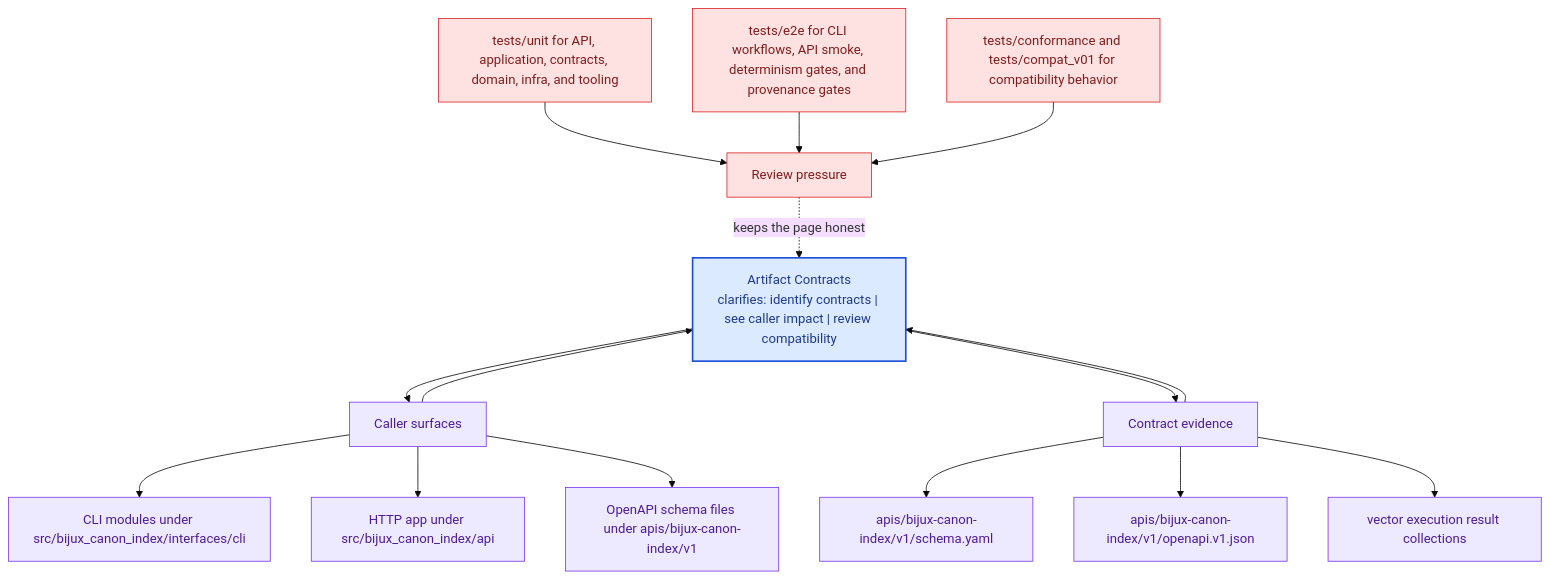
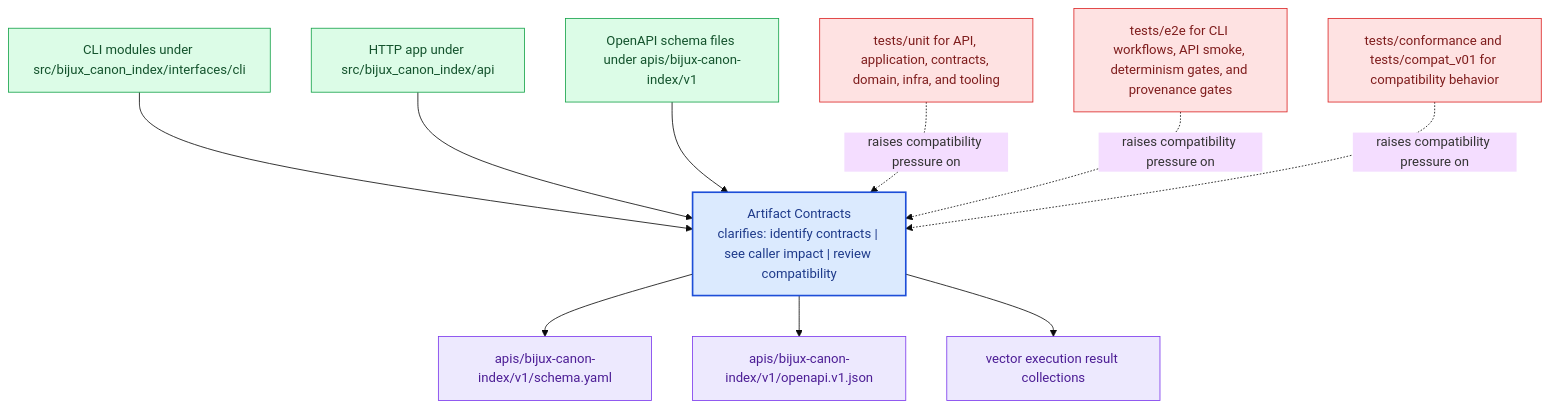
One commit to bijux/bijux-canon changed the diagram in docs/bijux-canon-index/interfaces/artifact-contracts.md. Above: the diagram before and after it, drawn with Mermaid (base theme). The commit also changed other lines of this file and 281 other files, not shown here.

Commit message:
docs(diagrams): replace repeated mermaid scaffolds with page-specific summaries

````diff
--- a/docs/bijux-canon-index/interfaces/artifact-contracts.md
+++ b/docs/bijux-canon-index/interfaces/artifact-contracts.md
@@ -68,41 +23,31 @@
 ```mermaid
 flowchart TB
-    promise["Artifact Contracts<br/>clarifies: identify contracts | see caller impact | review compatibility"]
-    classDef promise fill:#dbeafe,stroke:#1d4ed8,color:#1e3a8a,stroke-width:2px;
-    classDef driver fill:#dcfce7,stroke:#16a34a,color:#14532d;
-    classDef constraint fill:#fee2e2,stroke:#dc2626,color:#7f1d1d;
-    classDef ground fill:#ede9fe,stroke:#7c3aed,color:#4c1d95;
-    focus1["Caller surfaces"]
-    focus1 --> promise
-    promise --> focus1
-    focus1_1["CLI modules under src/bijux_canon_index/interfaces/cli"]
-    focus1 --> focus1_1
-    focus1_2["HTTP app under src/bijux_canon_index/api"]
-    focus1 --> focus1_2
-    focus1_3["OpenAPI schema files under apis/bijux-canon-index/v1"]
-    focus1 --> focus1_3
-    class focus1 ground;
-    class focus1_1,focus1_2,focus1_3 ground;
-    focus2["Contract evidence"]
-    focus2 --> promise
-    promise --> focus2
-    focus2_1["apis/bijux-canon-index/v1/schema.yaml"]
-    focus2 --> focus2_1
-    focus2_2["apis/bijux-canon-index/v1/openapi.v1.json"]
-    focus2 --> focus2_2
-    focus2_3["vector execution result collections"]
-    focus2 --> focus2_3
-    class focus2 ground;
-    class focus2_1,focus2_2,focus2_3 ground;
-    focus3["Review pressure"]
-    focus3 -.keeps the page honest.-> promise
-    focus3_1["tests/unit for API, application, contracts, domain, infra, and tooling"]
-    focus3_1 --> focus3
-    focus3_2["tests/e2e for CLI workflows, API smoke, determinism gates, and provenance gates"]
-    focus3_2 --> focus3
-    focus3_3["tests/conformance and tests/compat_v01 for compatibility behavior"]
-    focus3_3 --> focus3
-    class focus3 constraint;
-    class focus3_1,focus3_2,focus3_3 constraint;
-    class promise promise;
+    page["Artifact Contracts<br/>clarifies: identify contracts | see caller impact | review compatibility"]
+    classDef page fill:#dbeafe,stroke:#1d4ed8,color:#1e3a8a,stroke-width:2px;
+    classDef positive fill:#dcfce7,stroke:#16a34a,color:#14532d;
+    classDef caution fill:#fee2e2,stroke:#dc2626,color:#7f1d1d;
+    classDef anchor fill:#ede9fe,stroke:#7c3aed,color:#4c1d95;
+    classDef action fill:#fef3c7,stroke:#d97706,color:#7c2d12;
+    surface1["CLI modules under src/bijux_canon_index/interfaces/cli"]
+    surface1 --> page
+    surface2["HTTP app under src/bijux_canon_index/api"]
+    surface2 --> page
+    surface3["OpenAPI schema files under apis/bijux-canon-index/v1"]
+    surface3 --> page
+    proof1["apis/bijux-canon-index/v1/schema.yaml"]
+    page --> proof1
+    proof2["apis/bijux-canon-index/v1/openapi.v1.json"]
+    page --> proof2
+    proof3["vector execution result collections"]
+    page --> proof3
+    review1["tests/unit for API, application, contracts, domain, infra, and tooling"]
+    review1 -.raises compatibility pressure on.-> page
+    review2["tests/e2e for CLI workflows, API smoke, determinism gates, and provenance gates"]
+    review2 -.raises compatibility pressure on.-> page
+    review3["tests/conformance and tests/compat_v01 for compatibility behavior"]
+    review3 -.raises compatibility pressure on.-> page
+    class page page;
+    class surface1,surface2,surface3 positive;
+    class proof1,proof2,proof3 anchor;
+    class review1,review2,review3 caution;
 ```
````
